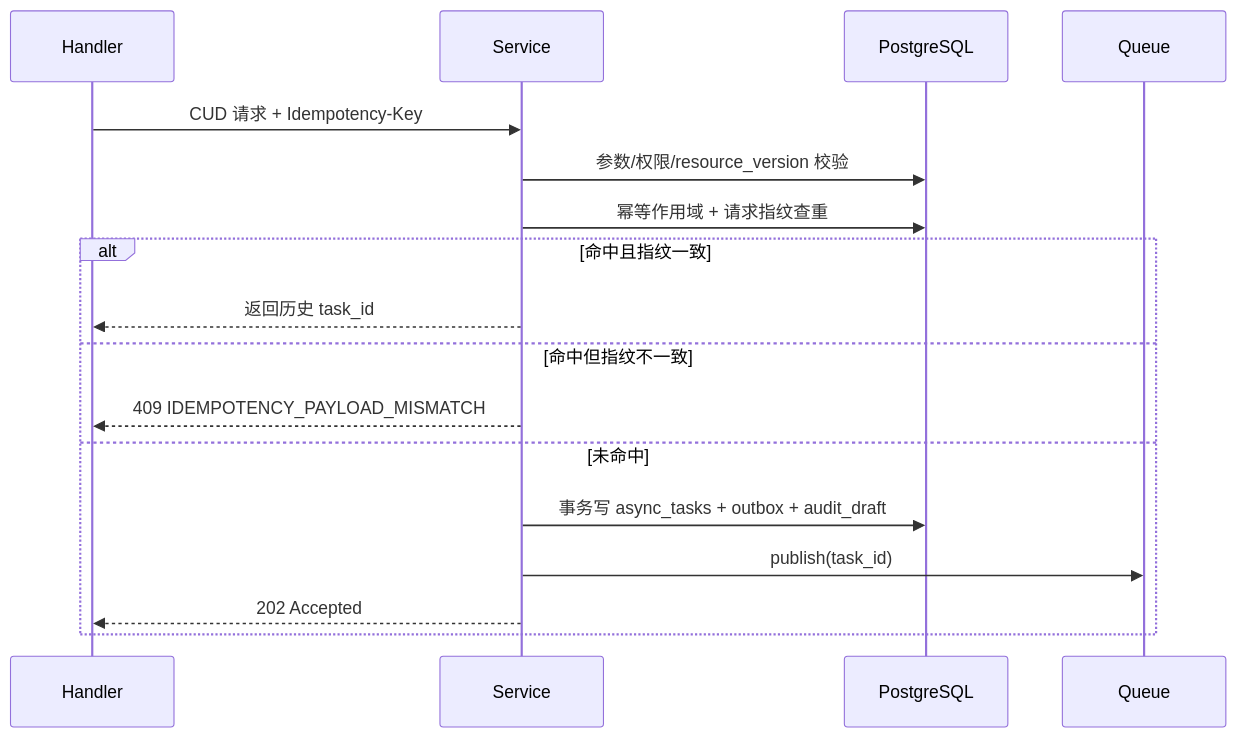
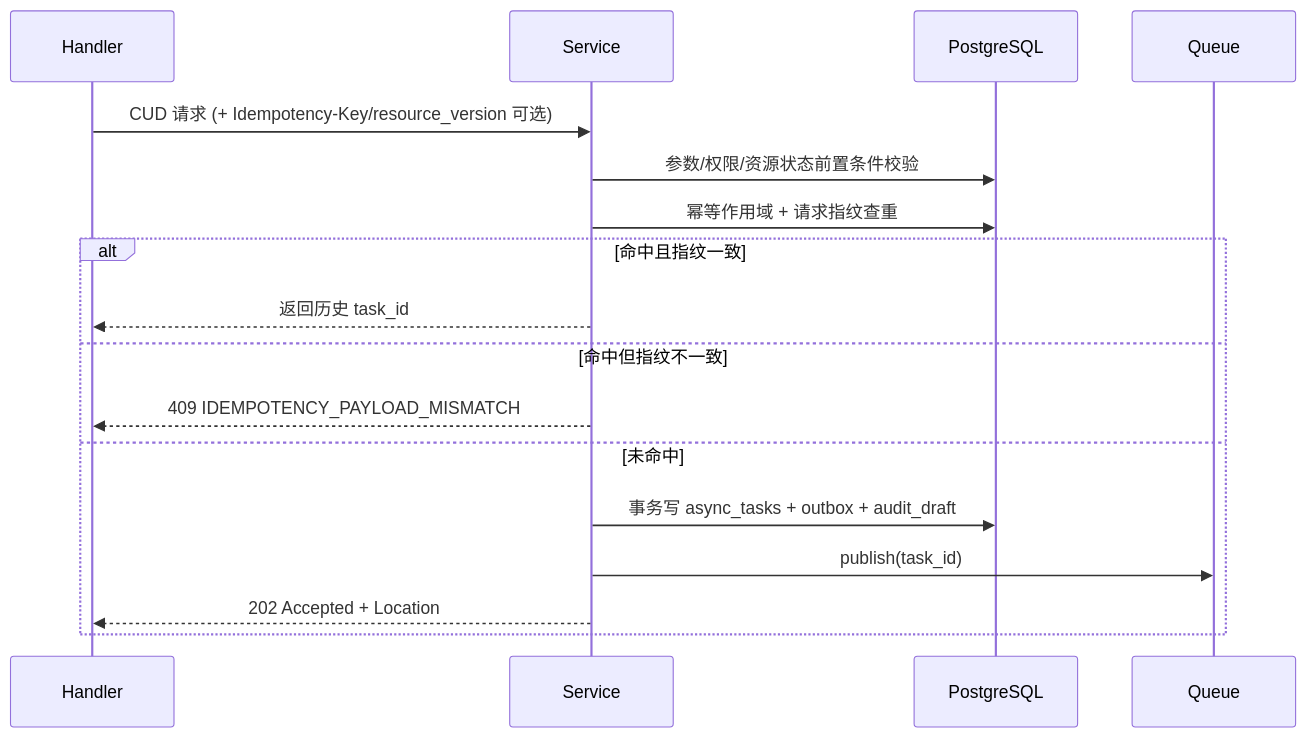
One commit to sentanl869/aether changed diagram 15 of 25 in docs/design.md. Above: the diagram before and after it, drawn with Mermaid. The commit also changed other lines of this file and 2 other files, not shown here.

````diff
--- a/docs/design.md
+++ b/docs/design.md
@@ -2180,20 +2199,20 @@
 ```mermaid
 sequenceDiagram
   participant H as Handler
   participant S as Service
   participant DB as PostgreSQL
   participant Q as Queue
 
-  H->>S: CUD 请求 + Idempotency-Key
-  S->>DB: 参数/权限/resource_version 校验
+  H->>S: CUD 请求 (+ Idempotency-Key/resource_version 可选)
+  S->>DB: 参数/权限/资源状态前置条件校验
   S->>DB: 幂等作用域 + 请求指纹查重
   alt 命中且指纹一致
     S-->>H: 返回历史 task_id
   else 命中但指纹不一致
     S-->>H: 409 IDEMPOTENCY_PAYLOAD_MISMATCH
   else 未命中
     S->>DB: 事务写 async_tasks + outbox + audit_draft
     S->>Q: publish(task_id)
-    S-->>H: 202 Accepted
+    S-->>H: 202 Accepted + Location
   end
 ```
````
